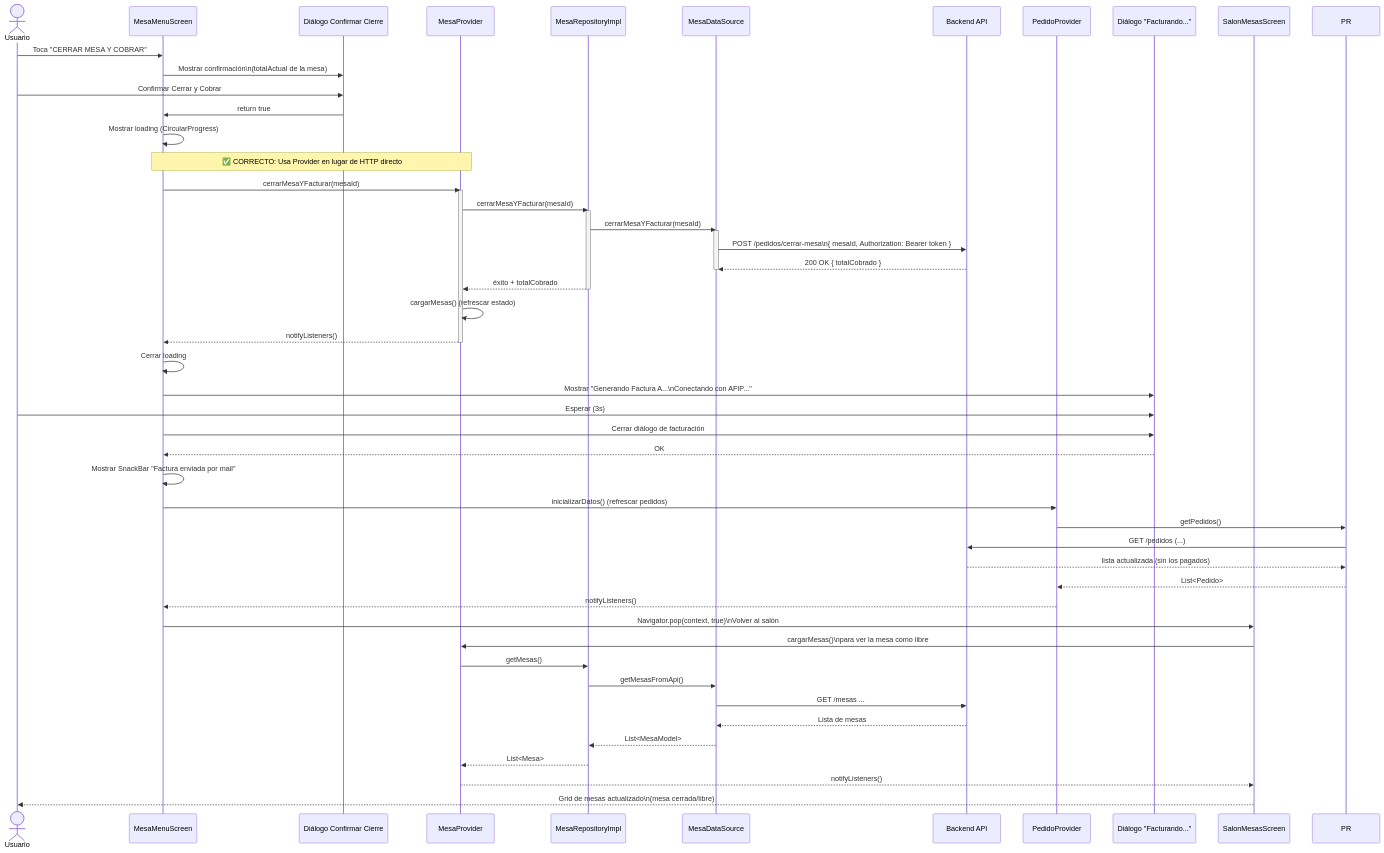
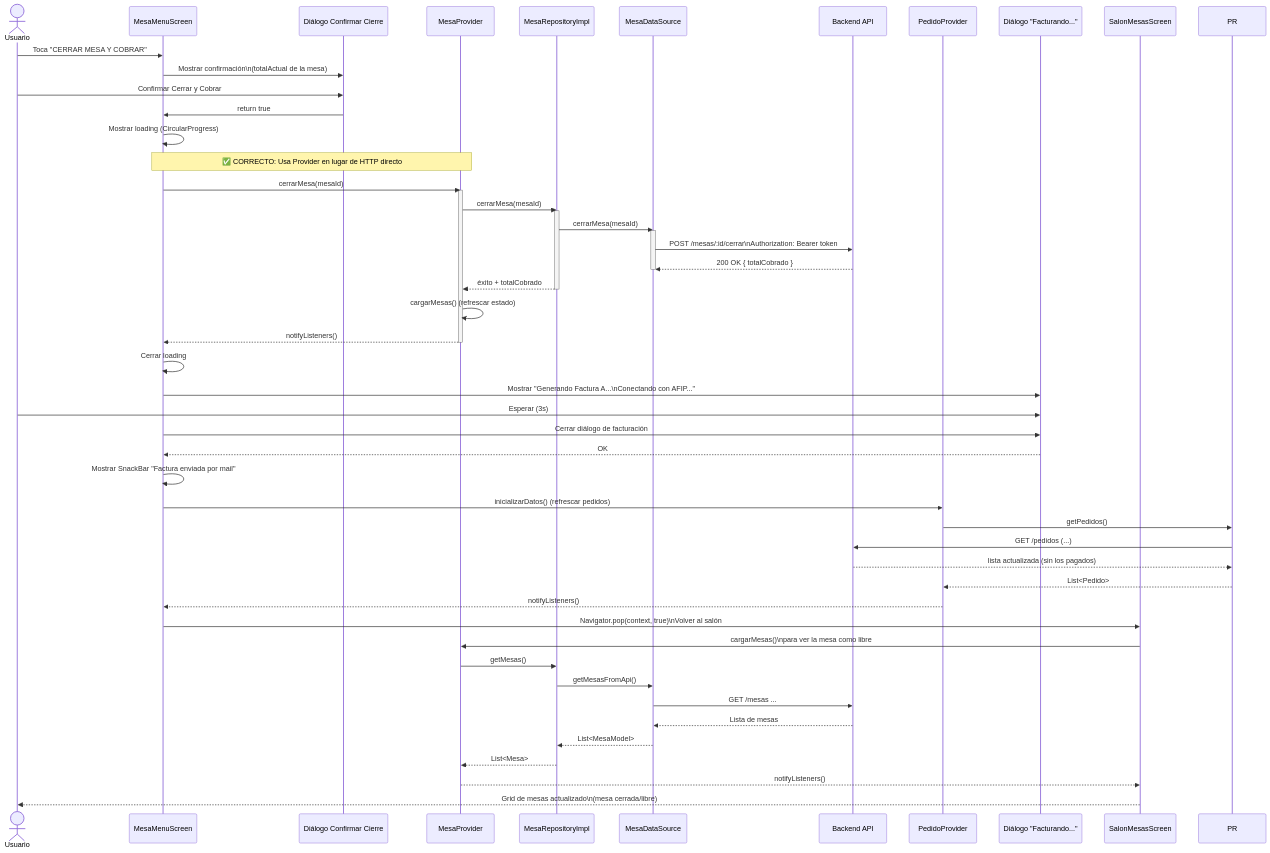
One commit to Dante-Patroni/el-buen-sabor-mobile changed the seventh of 13 diagrams in docs/Diagramas_Flujo_Mesas.md. Above: the diagram before and after it, drawn with Mermaid. The commit also changed other lines of this file and 41 other files, not shown here.

````diff
--- a/docs/Diagramas_Flujo_Mesas.md
+++ b/docs/Diagramas_Flujo_Mesas.md
@@ -235,62 +235,62 @@
 ```mermaid
 sequenceDiagram
     actor U as Usuario
     participant MM as MesaMenuScreen
     participant D1 as Diálogo Confirmar Cierre
     participant MP as MesaProvider
     participant MR as MesaRepositoryImpl
     participant MD as MesaDataSource
     participant API as Backend API
     participant PP as PedidoProvider
     participant D2 as Diálogo "Facturando..."
     participant S as SalonMesasScreen
 
     U ->> MM: Toca "CERRAR MESA Y COBRAR"
     MM ->> D1: Mostrar confirmación\n(totalActual de la mesa)
     U ->> D1: Confirmar Cerrar y Cobrar
     D1 ->> MM: return true
 
     MM ->> MM: Mostrar loading (CircularProgress)
 
     Note over MM,MP: ✅ CORRECTO: Usa Provider en lugar de HTTP directo
-    MM ->> MP: cerrarMesaYFacturar(mesaId)
+    MM ->> MP: cerrarMesa(mesaId)
     activate MP
-    MP ->> MR: cerrarMesaYFacturar(mesaId)
+    MP ->> MR: cerrarMesa(mesaId)
     activate MR
-    MR ->> MD: cerrarMesaYFacturar(mesaId)
+    MR ->> MD: cerrarMesa(mesaId)
     activate MD
-    MD ->> API: POST /pedidos/cerrar-mesa\n{ mesaId, Authorization: Bearer token }
+    MD ->> API: POST /mesas/:id/cerrar\nAuthorization: Bearer token
     API -->> MD: 200 OK { totalCobrado }
     deactivate MD
     MR -->> MP: éxito + totalCobrado
     deactivate MR
     MP ->> MP: cargarMesas() (refrescar estado)
     MP -->> MM: notifyListeners()
     deactivate MP
 
     MM ->> MM: Cerrar loading
     MM ->> D2: Mostrar "Generando Factura A...\nConectando con AFIP..."
     U ->> D2: Esperar (3s)
     MM ->> D2: Cerrar diálogo de facturación
     D2 -->> MM: OK
 
     MM ->> MM: Mostrar SnackBar "Factura enviada por mail"
 
     MM ->> PP: inicializarDatos() (refrescar pedidos)
     PP ->> PR: getPedidos()
     PR ->> API: GET /pedidos (...)
     API -->> PR: lista actualizada (sin los pagados)
     PR -->> PP: List<Pedido>
     PP -->> MM: notifyListeners()
 
     MM ->> S: Navigator.pop(context, true)\nVolver al salón
     S ->> MP: cargarMesas()\npara ver la mesa como libre
     MP ->> MR: getMesas()
     MR ->> MD: getMesasFromApi()
     MD ->> API: GET /mesas ...
     API -->> MD: Lista de mesas
     MD -->> MR: List<MesaModel>
     MR -->> MP: List<Mesa>
     MP -->> S: notifyListeners()
     S -->> U: Grid de mesas actualizado\n(mesa cerrada/libre)
 ```
````
